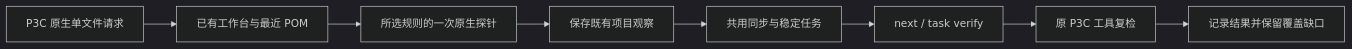
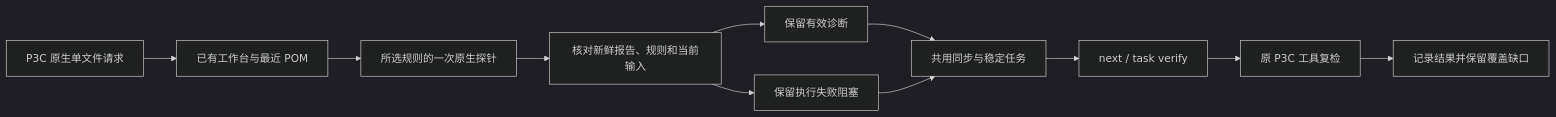
The second of 2 diagrams in docs/Codeguard-Native-Repair-Workflow.zh_CN.md (full-stack-plugins/codeguard), drawn with Mermaid (dark theme) before and after one commit. The commit also changed other lines of this file and 18 other files, not shown here.

````diff
--- a/docs/Codeguard-Native-Repair-Workflow.zh_CN.md
+++ b/docs/Codeguard-Native-Repair-Workflow.zh_CN.md
@@ -186,10 +186,13 @@
 ```mermaid
 flowchart LR
     A[P3C 原生单文件请求] --> B[已有工作台与最近 POM]
     B --> C[所选规则的一次原生探针]
-    C --> D[保存既有项目观察]
+    C --> V[核对新鲜报告、规则和当前输入]
+    V --> D[保留有效诊断]
+    V --> X[保留执行失败阻塞]
     D --> E[共用同步与稳定任务]
+    X --> E
     E --> F[next / task verify]
     F --> G[原 P3C 工具复检]
     G --> H[记录结果并保留覆盖缺口]
 ```
````
